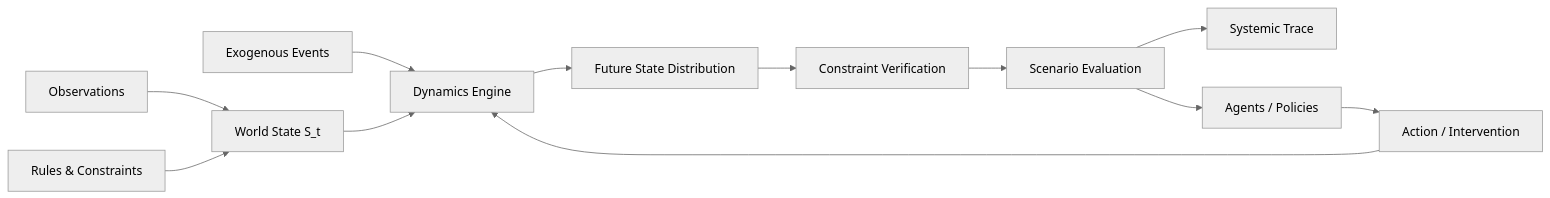
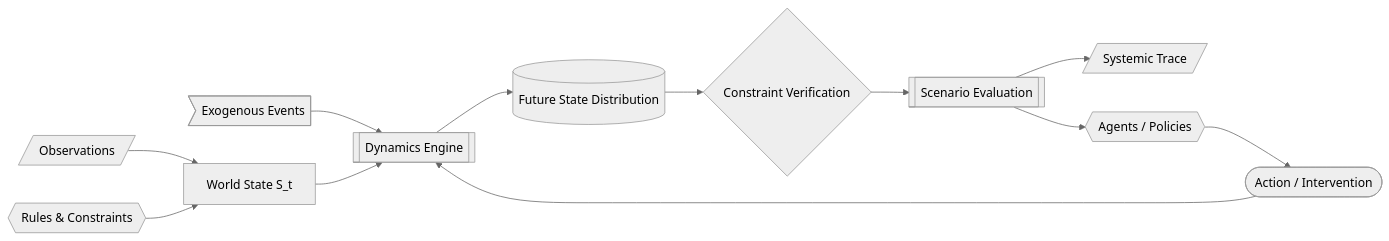
One commit to vfcarida/Enterprise-World-Model-Engine changed the diagram in docs/index.md. Above: the diagram before and after it, drawn with Mermaid (neutral theme). The commit also changed 31 other files, not shown here.

````diff
--- a/docs/index.md
+++ b/docs/index.md
@@ -33,14 +33,16 @@
 ```mermaid
 flowchart LR
-    OBS["Observations"] --> STATE["World State S_t"]
-    RULES["Rules & Constraints"] --> STATE
-    EVENTS["Exogenous Events"] --> ENGINE["Dynamics Engine"]
+    accTitle: Enterprise World Model Engine Dataflow Pipeline
+    accDescr: End-to-end dataflow showing state observations and rules initializing the world state, feeding through the dynamics engine with actions and exogenous events to project future state distributions.
+    OBS[/"Observations"/] --> STATE["World State S_t"]
+    RULES{{"Rules & Constraints"}} --> STATE
+    EVENTS>Exogenous Events] --> ENGINE[["Dynamics Engine"]]
     STATE --> ENGINE
-    ACTION["Action / Intervention"] --> ENGINE
-    ENGINE --> FUTURE["Future State Distribution"]
-    FUTURE --> VERIFY["Constraint Verification"]
-    VERIFY --> EVAL["Scenario Evaluation"]
-    EVAL --> TRACE["Systemic Trace"]
-    AGENTS["Agents / Policies"] --> ACTION
+    ACTION(["Action / Intervention"]) --> ENGINE
+    ENGINE --> FUTURE[("Future State Distribution")]
+    FUTURE --> VERIFY{"Constraint Verification"}
+    VERIFY --> EVAL[["Scenario Evaluation"]]
+    EVAL --> TRACE[/"Systemic Trace"/]
+    AGENTS{{"Agents / Policies"}} --> ACTION
     EVAL --> AGENTS
 ```
````
